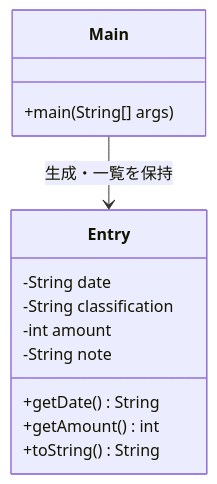
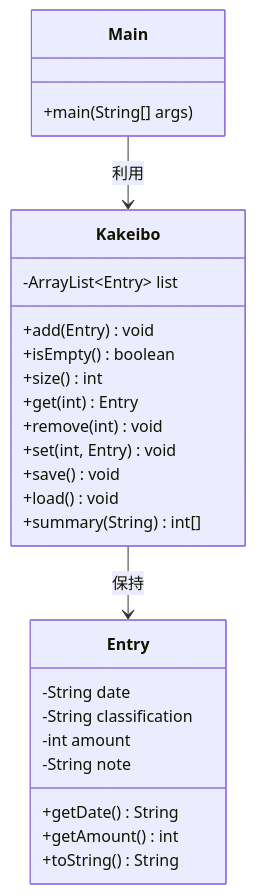
Before and after one commit to shuuuuuu987123/kakeibo: the first of 2 diagrams in README.md, drawn with Mermaid.

Commit message:
構成図を3クラス構成に更新

````diff
--- a/README.md
+++ b/README.md
@@ -46,16 +46,29 @@
 ```mermaid
 classDiagram
     class Main {
         +main(String[] args)
+    }
+    class Kakeibo {
+        -ArrayList~Entry~ list
+        +add(Entry) void
+        +isEmpty() boolean
+        +size() int
+        +get(int) Entry
+        +remove(int) void
+        +set(int, Entry) void
+        +save() void
+        +load() void
+        +summary(String) int[]
     }
     class Entry {
         -String date
         -String classification
         -int amount
         -String note
         +getDate() String
         +getAmount() int
         +toString() String
     }
-    Main --> Entry : 生成・一覧を保持
+    Main --> Kakeibo : 利用
+    Kakeibo --> Entry : 保持
 ```
````
